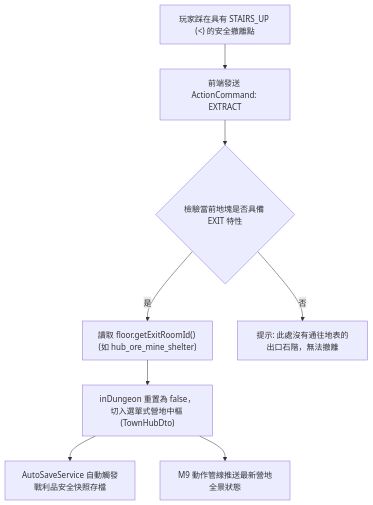
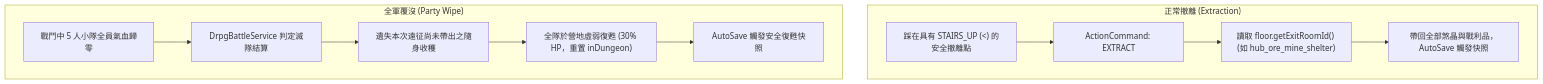
One commit to FTC-johnchien/practice_mud changed the diagram in docs/2_specifications/backend/M2_DRPG_DUNGEON.md. Above: the diagram before and after it, drawn with Mermaid. The commit also changed other lines of this file and 80 other files, not shown here.

````diff
--- a/docs/2_specifications/backend/M2_DRPG_DUNGEON.md
+++ b/docs/2_specifications/backend/M2_DRPG_DUNGEON.md
@@ -71,10 +74,15 @@
 ```mermaid
 graph TD
-    Step["玩家踩在具有 STAIRS_UP (<) 的安全撤離點"] --> Action["前端發送 ActionCommand: EXTRACT"]
-    Action --> Check{"檢驗當前地塊是否具備 EXIT 特性"}
-    Check -- 是 --> Query["讀取 floor.getExitRoomId() (如 hub_ore_mine_shelter)"]
-    Query --> Reset["inDungeon 重置為 false，切入選單式營地中樞 (TownHubDto)"]
-    Reset --> Save["AutoSaveService 自動觸發戰利品安全快照存檔"]
-    Reset --> Broadcast["M9 動作管線推送最新營地全景狀態"]
-    Check -- 否 --> Reject["提示: 此處沒有通往地表的出口石階，無法撤離"]
+    subgraph Extraction ["正常撤離 (Extraction)"]
+        Step["踩在具有 STAIRS_UP (<) 的安全撤離點"] --> Action["ActionCommand: EXTRACT"]
+        Action --> Query["讀取 floor.getExitRoomId() (如 hub_ore_mine_shelter)"]
+        Query --> SaveSuccess["帶回全部煞晶與戰利品，AutoSave 觸發快照"]
+    end
+
+    subgraph DefeatWipe ["全軍覆沒 (Party Wipe)"]
+        Wipe["戰鬥中 5 人小隊全員氣血歸零"] --> WipeAction["DrpgBattleService 判定滅隊結算"]
+        WipeAction --> DropLoot["遺失本次遠征尚未帶出之隨身收穫"]
+        DropLoot --> Revive["全隊於營地虛弱復甦 (30% HP，重置 inDungeon)"]
+        Revive --> SaveWipe["AutoSave 觸發安全復甦快照"]
+    end
 ```
````
